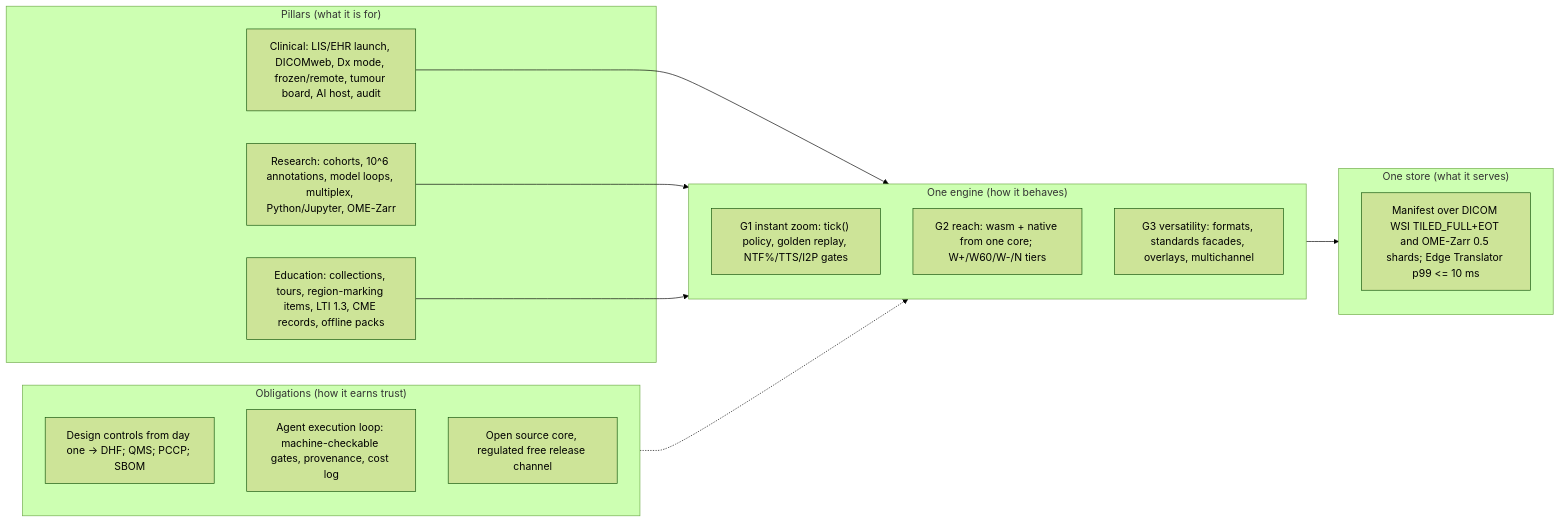
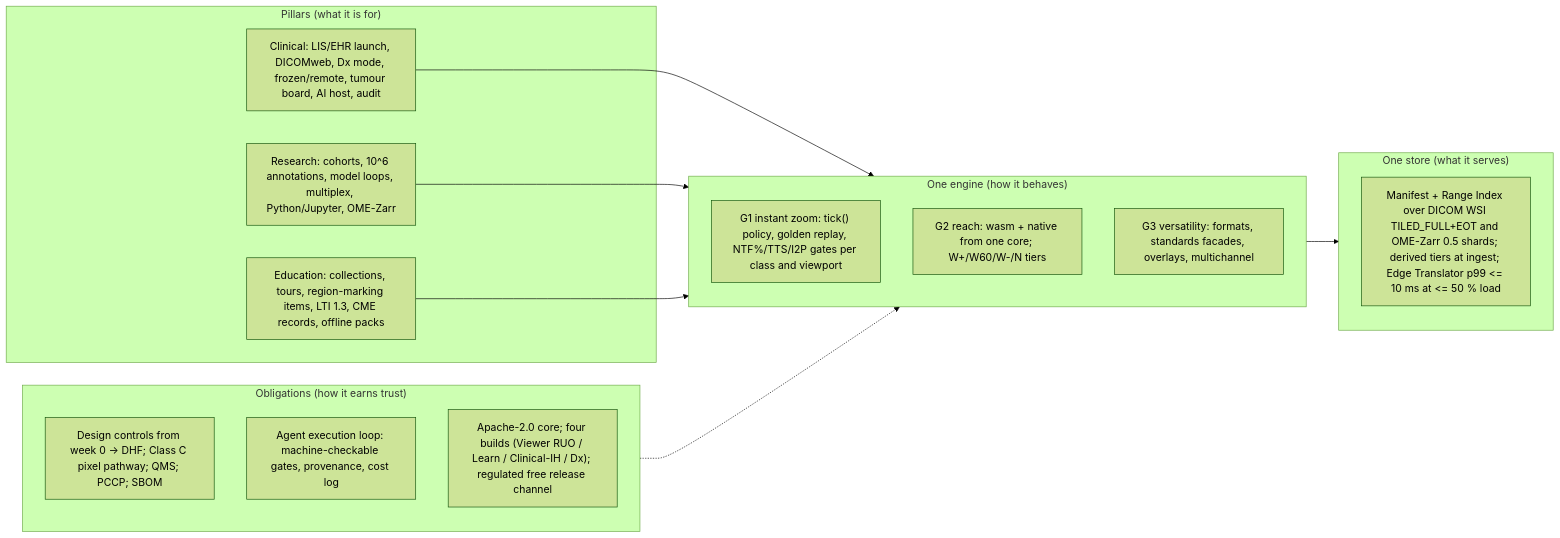
One commit to RPBatman/Stoipath changed the diagram in wsi-viewer/docs/plan/01-vision-goals-metrics.md. Above: the diagram before and after it, drawn with Mermaid (forest theme). The commit also changed other lines of this file and 1 other file, not shown here.

First line of the commit message:
wsi-viewer: revised plan sections 01-02 (critique + verification applied)

````diff
--- a/wsi-viewer/docs/plan/01-vision-goals-metrics.md
+++ b/wsi-viewer/docs/plan/01-vision-goals-metrics.md
@@ -21,23 +21,23 @@
 ```mermaid
 flowchart LR
   subgraph PILLARS["Pillars (what it is for)"]
     CL["Clinical: LIS/EHR launch, DICOMweb, Dx mode, frozen/remote, tumour board, AI host, audit"]
     RS["Research: cohorts, 10^6 annotations, model loops, multiplex, Python/Jupyter, OME-Zarr"]
     ED["Education: collections, tours, region-marking items, LTI 1.3, CME records, offline packs"]
   end
   subgraph CORE["One engine (how it behaves)"]
-    G1["G1 instant zoom: tick() policy, golden replay, NTF%/TTS/I2P gates"]
+    G1["G1 instant zoom: tick() policy, golden replay, NTF%/TTS/I2P gates per class and viewport"]
     G2["G2 reach: wasm + native from one core; W+/W60/W-/N tiers"]
     G3["G3 versatility: formats, standards facades, overlays, multichannel"]
   end
   subgraph STORE["One store (what it serves)"]
-    MF["Manifest over DICOM WSI TILED_FULL+EOT and OME-Zarr 0.5 shards; Edge Translator p99 <= 10 ms"]
+    MF["Manifest + Range Index over DICOM WSI TILED_FULL+EOT and OME-Zarr 0.5 shards; derived tiers at ingest; Edge Translator p99 <= 10 ms at <= 50 % load"]
   end
   subgraph OBL["Obligations (how it earns trust)"]
-    DC["Design controls from day one -> DHF; QMS; PCCP; SBOM"]
+    DC["Design controls from week 0 -> DHF; Class C pixel pathway; QMS; PCCP; SBOM"]
     AG["Agent execution loop: machine-checkable gates, provenance, cost log"]
-    OP["Open source core, regulated free release channel"]
+    OP["Apache-2.0 core; four builds (Viewer RUO / Learn / Clinical-IH / Dx); regulated free release channel"]
   end
   CL & RS & ED --> CORE --> STORE
   OBL -.-> CORE
 ```
````
